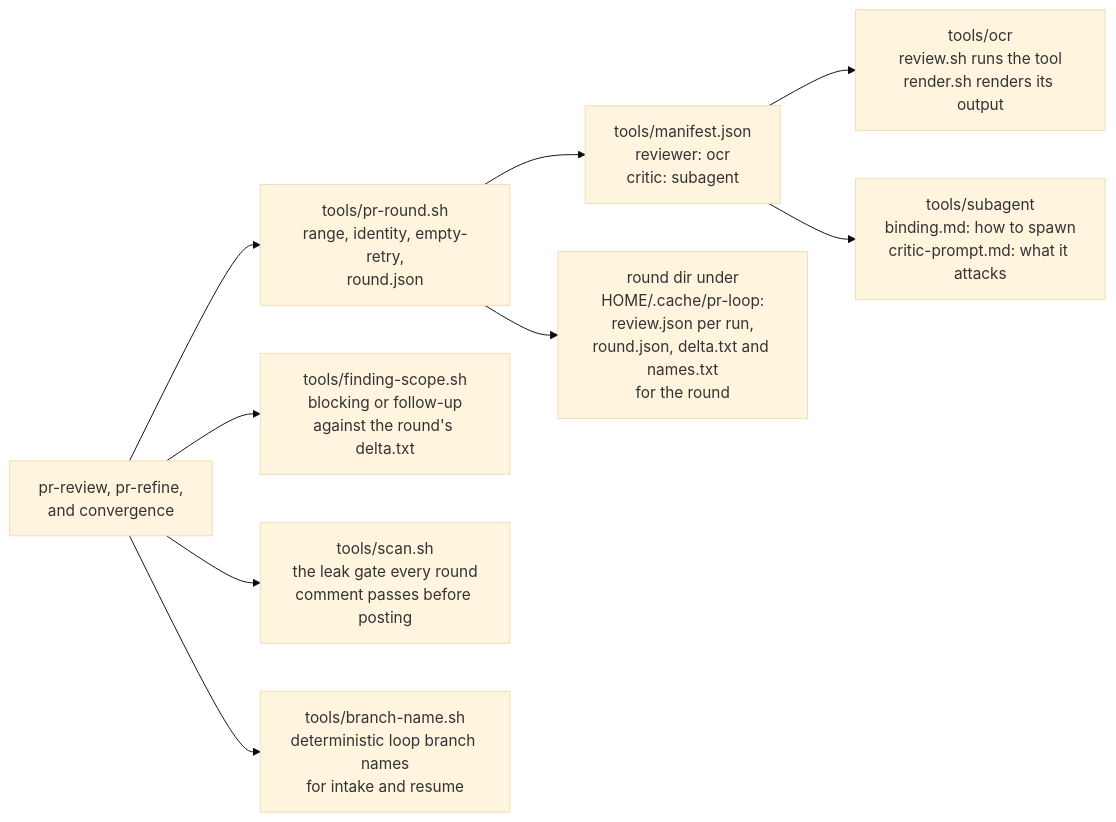
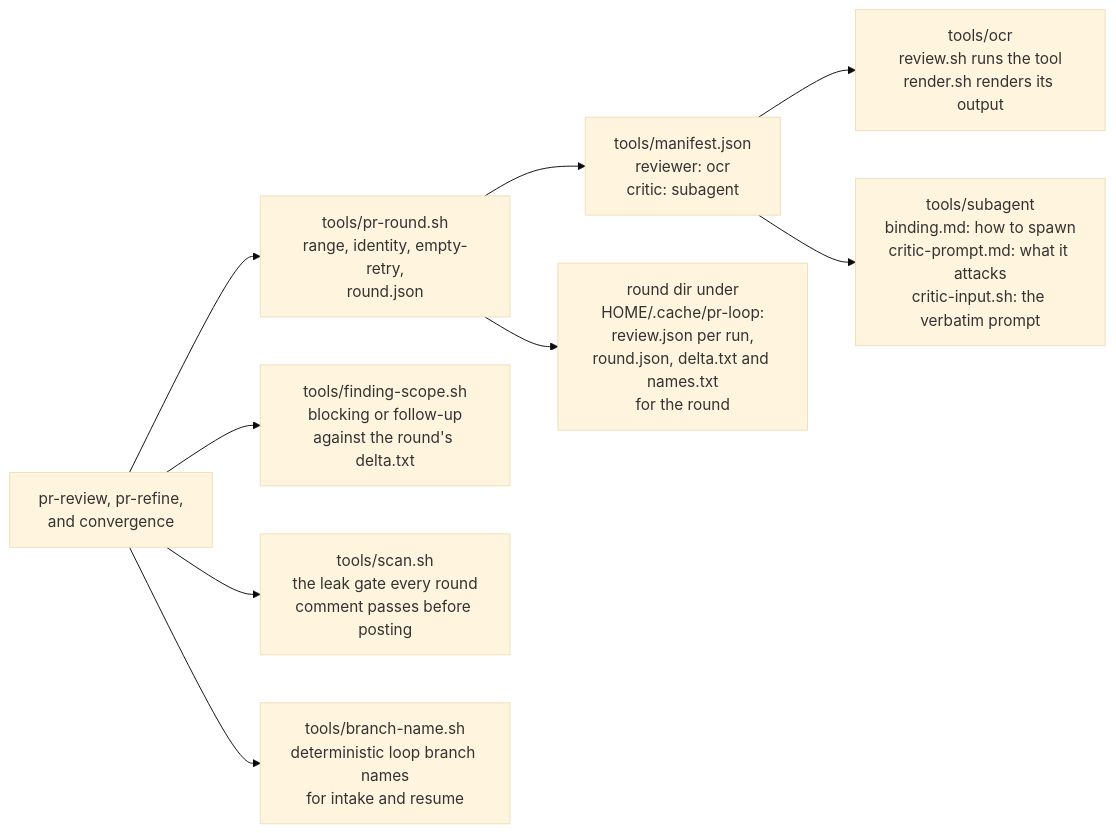
The second of 2 diagrams in dot_claude/skills/issue-to-pr/flow.md (ryankanno/dotfiles), drawn with Mermaid (base theme) before and after one commit. The commit also changed other lines of this file and 6 other files, not shown here.

First line of the commit message:
feat(claude): build the critic prompt in tested code

````diff
--- a/dot_claude/skills/issue-to-pr/flow.md
+++ b/dot_claude/skills/issue-to-pr/flow.md
@@ -79,11 +79,11 @@
 ```mermaid
 flowchart LR
     S["pr-review, pr-refine,<br/>and convergence"] --> P["tools/pr-round.sh<br/>range, identity, empty-retry,<br/>round.json"]
     P --> M["tools/manifest.json<br/>reviewer: ocr<br/>critic: subagent"]
     S --> FS["tools/finding-scope.sh<br/>blocking or follow-up<br/>against the round's delta.txt"]
     M --> R["tools/ocr<br/>review.sh runs the tool<br/>render.sh renders its output"]
-    M --> C["tools/subagent<br/>binding.md: how to spawn<br/>critic-prompt.md: what it attacks"]
+    M --> C["tools/subagent<br/>binding.md: how to spawn<br/>critic-prompt.md: what it attacks<br/>critic-input.sh: the verbatim prompt"]
     P --> O["round dir under<br/>HOME/.cache/pr-loop:<br/>review.json per run,<br/>round.json, delta.txt and names.txt<br/>for the round"]
     S --> SC["tools/scan.sh<br/>the leak gate every round<br/>comment passes before posting"]
     S --> BN["tools/branch-name.sh<br/>deterministic loop branch names<br/>for intake and resume"]
 ```
````
